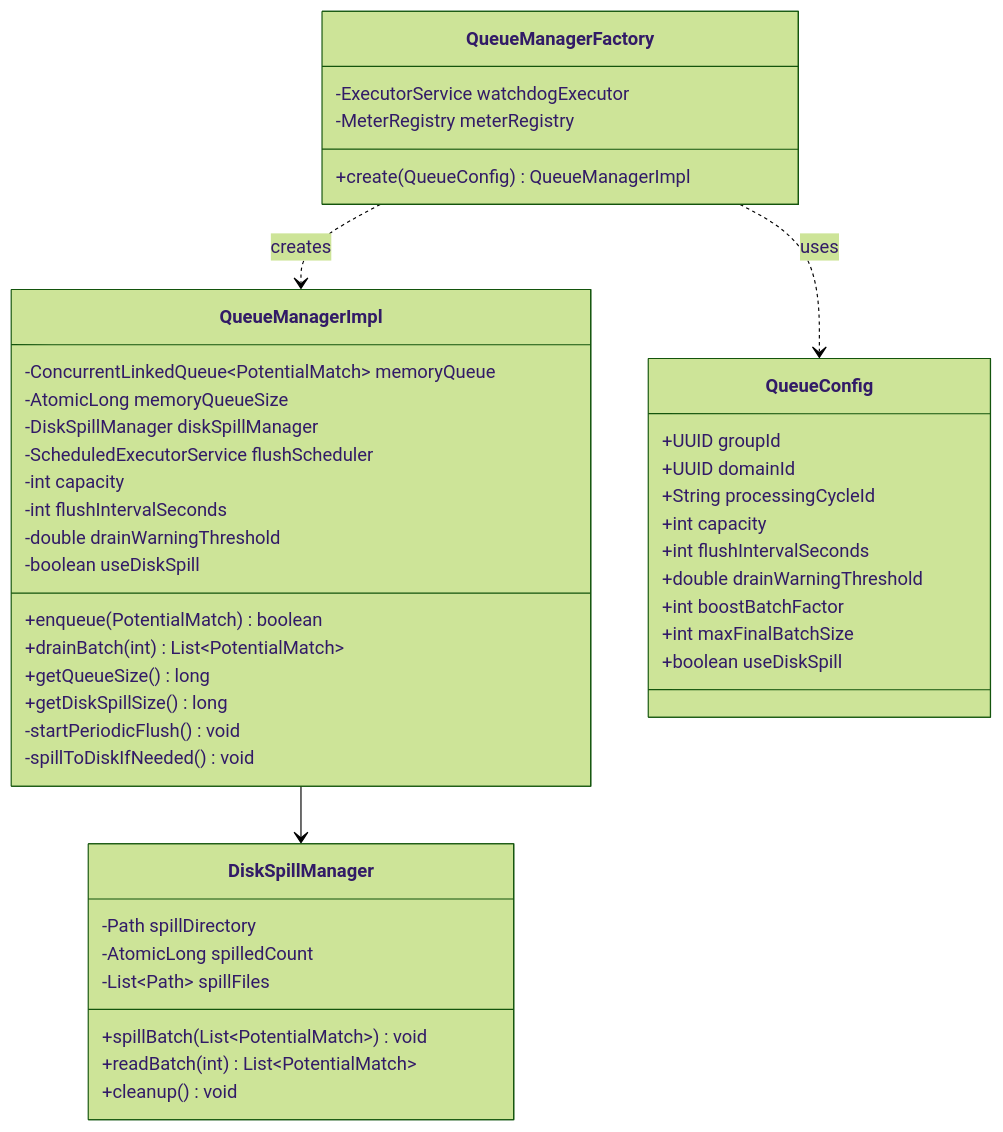
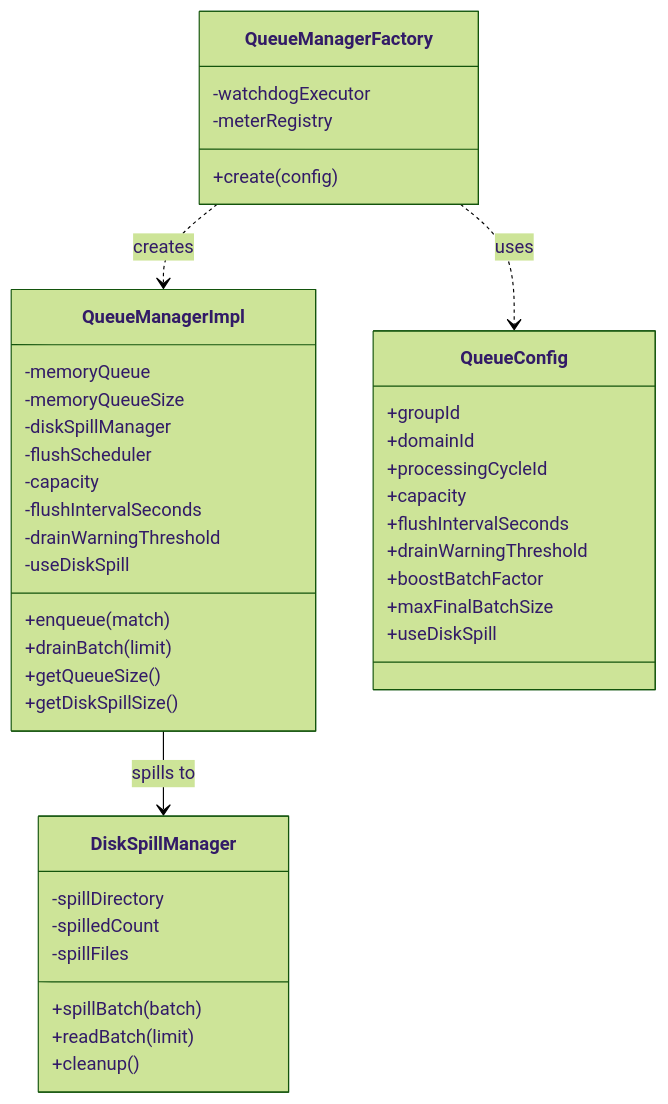
Before and after one commit to kagit00/schedule_x: diagram 24 of 33 in docs/Low Level Designs/ScheduledPotentialMatchesCreation.md, drawn with Mermaid (forest theme). The commit also changed other lines of this file, not shown here.

````diff
--- a/docs/Low Level Designs/ScheduledPotentialMatchesCreation.md
+++ b/docs/Low Level Designs/ScheduledPotentialMatchesCreation.md
@@ -1252,50 +1248,49 @@
 ```mermaid
 classDiagram
     class QueueManagerImpl {
-        -ConcurrentLinkedQueue~PotentialMatch~ memoryQueue
-        -AtomicLong memoryQueueSize
-        -DiskSpillManager diskSpillManager
-        -ScheduledExecutorService flushScheduler
-        -int capacity
-        -int flushIntervalSeconds
-        -double drainWarningThreshold
-        -boolean useDiskSpill
-        +enqueue(PotentialMatch) boolean
-        +drainBatch(int) List~PotentialMatch~
-        +getQueueSize() long
-        +getDiskSpillSize() long
-        -startPeriodicFlush() void
-        -spillToDiskIfNeeded() void
+        -memoryQueue
+        -memoryQueueSize
+        -diskSpillManager
+        -flushScheduler
+        -capacity
+        -flushIntervalSeconds
+        -drainWarningThreshold
+        -useDiskSpill
+        +enqueue(match)
+        +drainBatch(limit)
+        +getQueueSize()
+        +getDiskSpillSize()
     }
-    
+
     class DiskSpillManager {
-        -Path spillDirectory
-        -AtomicLong spilledCount
-        -List~Path~ spillFiles
-        +spillBatch(List~PotentialMatch~) void
-        +readBatch(int) List~PotentialMatch~
-        +cleanup() void
+        -spillDirectory
+        -spilledCount
+        -spillFiles
+        +spillBatch(batch)
+        +readBatch(limit)
+        +cleanup()
     }
-    
+
     class QueueManagerFactory {
-        -ExecutorService watchdogExecutor
-        -MeterRegistry meterRegistry
-        +create(QueueConfig) QueueManagerImpl
+        -watchdogExecutor
+        -meterRegistry
+        +create(config)
     }
-    
+
     class QueueConfig {
-        +UUID groupId
-        +UUID domainId
-        +String processingCycleId
-        +int capacity
-        +int flushIntervalSeconds
-        +double drainWarningThreshold
-        +int boostBatchFactor
-        +int maxFinalBatchSize
-        +boolean useDiskSpill
+        +groupId
+        +domainId
+        +processingCycleId
+        +capacity
+        +flushIntervalSeconds
+        +drainWarningThreshold
+        +boostBatchFactor
+        +maxFinalBatchSize
+        +useDiskSpill
     }
-    
-    QueueManagerImpl --> DiskSpillManager
+
+    QueueManagerImpl --> DiskSpillManager : spills to
     QueueManagerFactory ..> QueueManagerImpl : creates
     QueueManagerFactory ..> QueueConfig : uses
+
 ```
````
